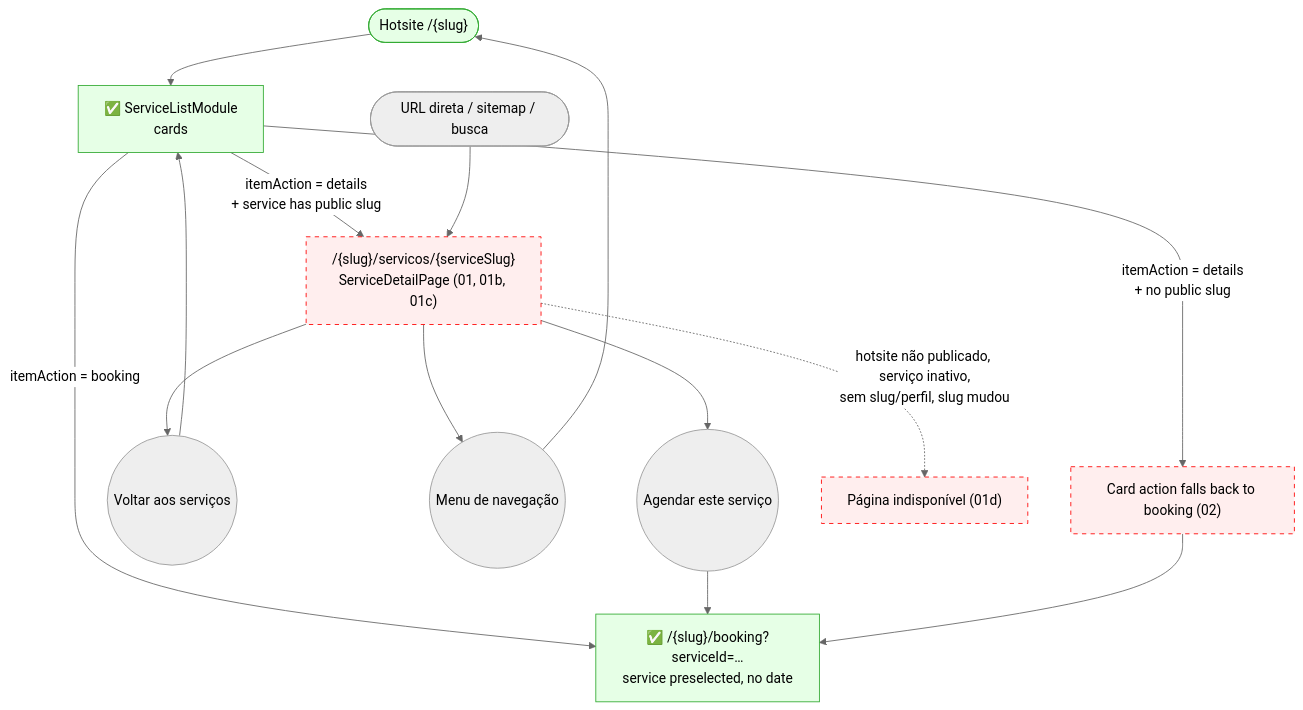
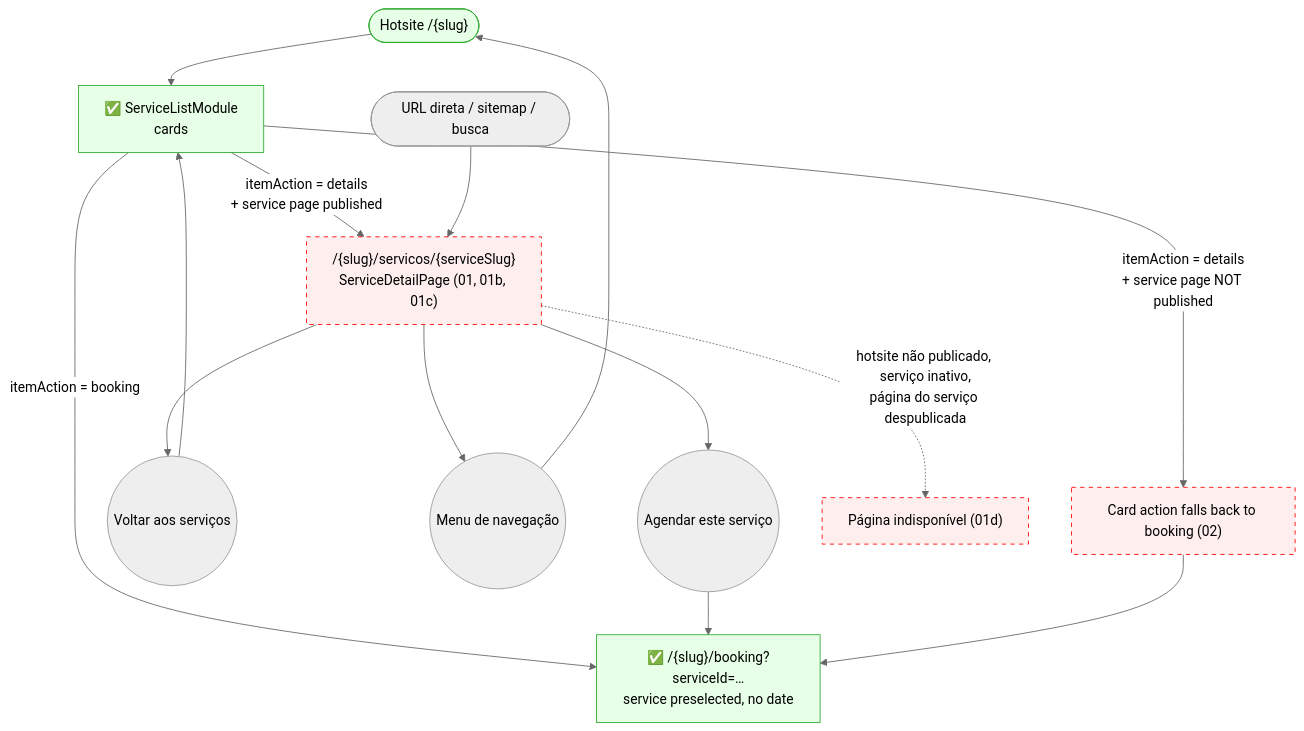
One commit to lmmoreira/ikaro changed the diagram in journeys/guest/service-detail.md. Above: the diagram before and after it, drawn with Mermaid (neutral theme). The commit also changed other lines of this file and 21 other files, not shown here.

First line of the commit message:
docs(hotsite): move service public page to its own tab with a publish switch (TD56-S03)

````diff
--- a/journeys/guest/service-detail.md
+++ b/journeys/guest/service-detail.md
@@ -10,20 +10,20 @@
 ```mermaid
 flowchart TD
     classDef existing fill:#e6ffe6,stroke:#3a3
     classDef gap stroke:#f00,stroke-dasharray: 5 5,fill:#fee
 
     Home(["Hotsite /{slug}"]) --> ServiceList["✅ ServiceListModule<br/>cards"]
-    ServiceList -- "itemAction = details<br/>+ service has public slug" --> Detail["/{slug}/servicos/{serviceSlug}<br/>ServiceDetailPage (01, 01b, 01c)"]
-    ServiceList -- "itemAction = details<br/>+ no public slug" --> BookingFallback["Card action falls back to booking (02)"]
+    ServiceList -- "itemAction = details<br/>+ service page published" --> Detail["/{slug}/servicos/{serviceSlug}<br/>ServiceDetailPage (01, 01b, 01c)"]
+    ServiceList -- "itemAction = details<br/>+ service page NOT published" --> BookingFallback["Card action falls back to booking (02)"]
     ServiceList -- "itemAction = booking" --> Booking
     Detail --> Back(("Voltar aos serviços")) --> ServiceList
     Detail --> Nav(("Menu de navegação")) --> Home
     Detail --> Cta(("Agendar este serviço"))
     Cta --> Booking["✅ /{slug}/booking?serviceId=…<br/>service preselected, no date"]
     BookingFallback --> Booking
     Direct(["URL direta / sitemap / busca"]) --> Detail
-    Detail -. "hotsite não publicado, serviço inativo,<br/>sem slug/perfil, slug mudou" .-> NotFound["Página indisponível (01d)"]
+    Detail -. "hotsite não publicado, serviço inativo,<br/>página do serviço despublicada" .-> NotFound["Página indisponível (01d)"]
 
     class Home,ServiceList,Booking existing
     class Detail,BookingFallback,NotFound gap
 ```
````
